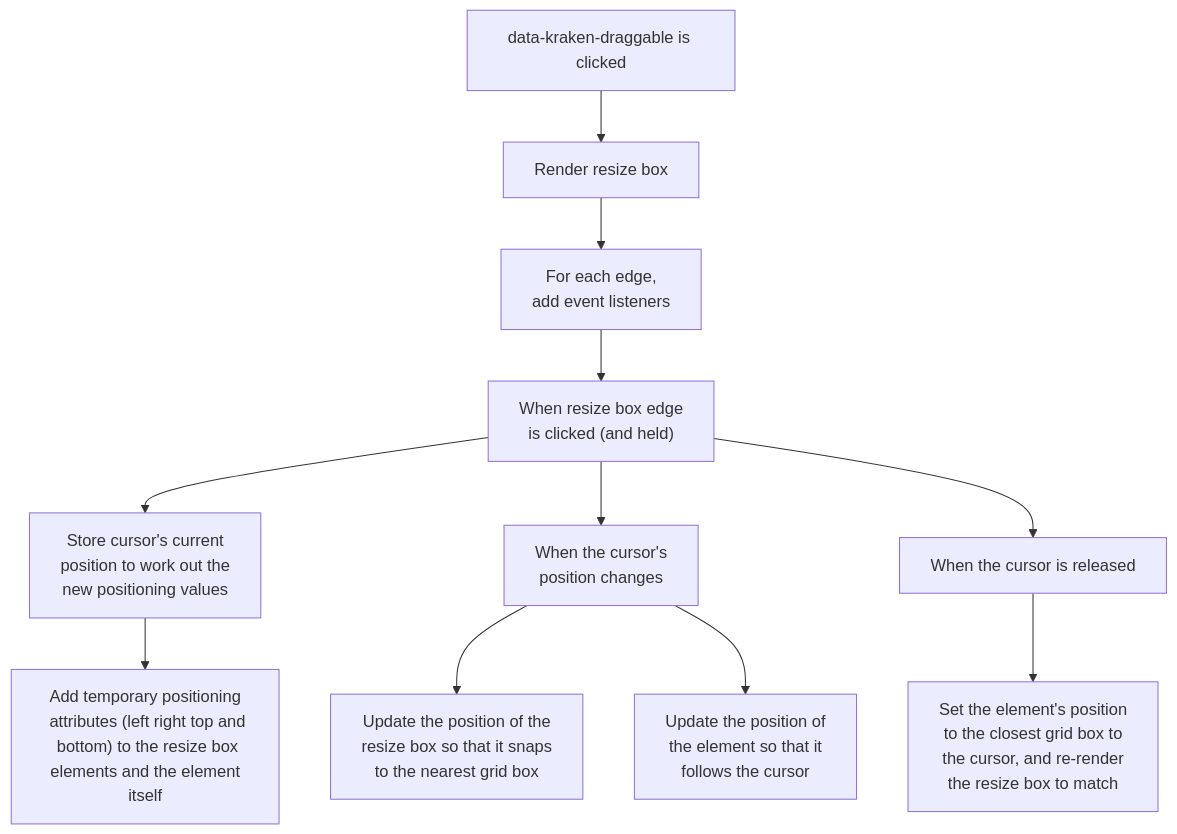
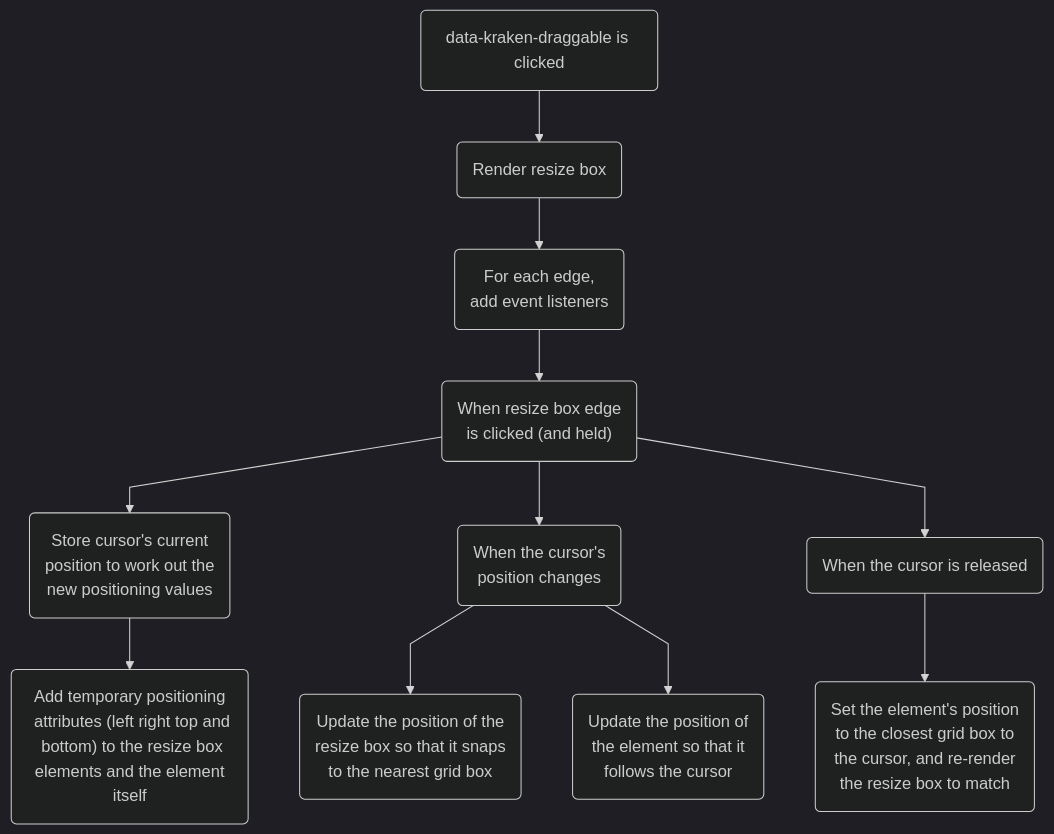
The seventh of 14 diagrams in README.md (tomgxz/Kraken), drawn with Mermaid before and after one commit. The commit also changed other lines of this file, not shown here.

Commit message:
Mermaid Formatting

````diff
--- a/README.md
+++ b/README.md
@@ -477,12 +478,8 @@
 ```mermaid
+%%{init: {'theme':'dark', 'flowchart': {'curve': 'linear'},'themeVariables':{'fontFamily':'Lexend,Noto Sans,Helvetica,Arial'}}}%%
+
 graph TD
-  A[data-kraken-draggable is clicked] --> B[Render resize box]
-  B --> D["For each edge,\n add event listeners"]
-  D --> M["When resize box edge\nis clicked (and held)"] --> N["Store cursor's current\n position to work out the\n new positioning values"]
-  N --> O["Add temporary positioning\n attributes (left right top and\n bottom) to the resize box\n elements and the element itself"]
-  M --> P["When the cursor's\n position changes"]
-  P --> Q["Update the position of the\n resize box so that it snaps\n to the nearest grid box"]
-  P --> R["Update the position of\n the element so that it\n follows the cursor"]
-  M --> S["When the cursor is released"]
-  S --> T["Set the element's position\n to the closest grid box to\n the cursor, and re-render\n the resize box to match"]
+  A(data-kraken-draggable is clicked) --> B(Render resize box) --> D("For each edge,\n add event listeners") --> M("When resize box edge\nis clicked (and held)") --> N("Store cursor's current\n position to work out the\n new positioning values") --> O("Add temporary positioning\n attributes (left right top and\n bottom) to the resize box\n elements and the element itself")
+  M --> P("When the cursor's\n position changes") --> Q("Update the position of the\n resize box so that it snaps\n to the nearest grid box") & R("Update the position of\n the element so that it\n follows the cursor")
+  M --> S("When the cursor is released") --> T("Set the element's position\n to the closest grid box to\n the cursor, and re-render\n the resize box to match")
 ```
````
